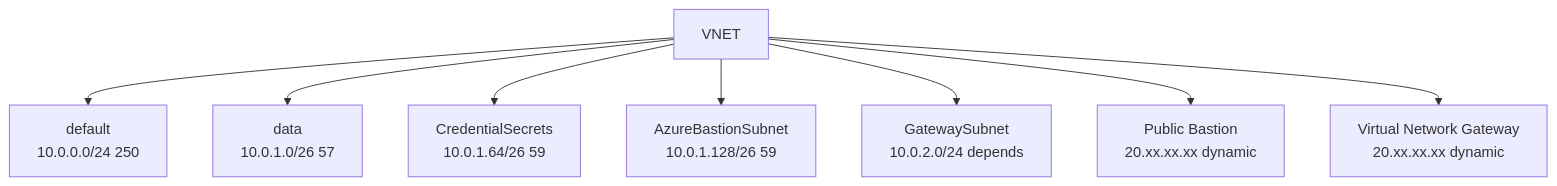
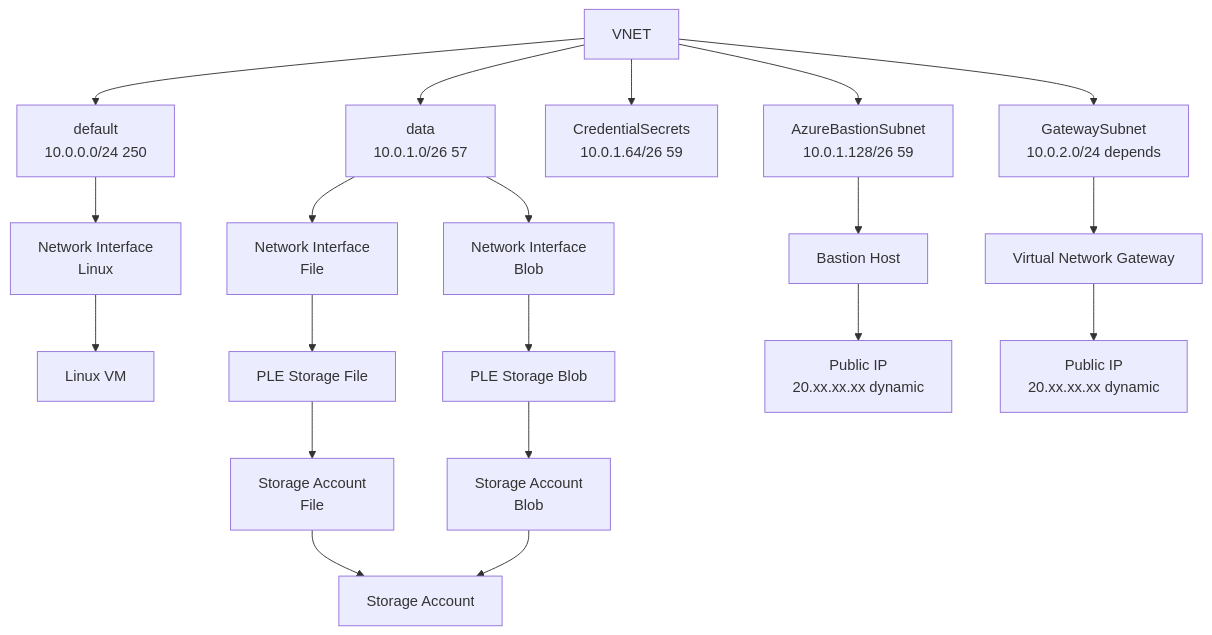
One commit to freemansoft/vnet-p2s-vpn-bastion-azure changed the diagram in README.md. Above: the diagram before and after it, drawn with Mermaid. The commit also changed other lines of this file, not shown here.

Commit message:
update topology diagram

````diff
--- a/README.md
+++ b/README.md
@@ -53,11 +59,28 @@
 ```mermaid
 flowchart TD
     A[VNET]
-    A --> B[default <br/>10.0.0.0/24 250]
-    A --> C[data <br/>10.0.1.0/26 57]
-    A --> D[CredentialSecrets <br/>10.0.1.64/26 59]
-    A --> E[AzureBastionSubnet <br/>10.0.1.128/26 59]
-    A --> F[GatewaySubnet <br/>10.0.2.0/24  depends]
-    A --> G[Public Bastion <br/>20.xx.xx.xx dynamic]
-    A --> H[Virtual Network Gateway <br>20.xx.xx.xx dynamic]
+    A --> SubDef[default <br/>10.0.0.0/24 250]
+    A --> SubData[data <br/>10.0.1.0/26 57]
+    A --> SubCred[CredentialSecrets <br/>10.0.1.64/26 59]
+    A --> SubBast[AzureBastionSubnet <br/>10.0.1.128/26 59]
+    A --> SubVNG[GatewaySubnet <br/>10.0.2.0/24  depends]
+
+    SubDef --> NicVM[Network Interface<br/>Linux]
+    NicVM --> VM[Linux VM]
+    
+    SubData --> NicStorFile[Network Interface<br/>File]
+    NicStorFile --> PleFile[PLE Storage File]
+    PleFile --> StorFile[Storage Account<br/>File]
+    StorFile --> StorAct[Storage Account]
+
+    SubData --> NicStorBlob[Network Interface<br/>Blob]
+    NicStorBlob --> PleBlob[PLE Storage Blob]
+    PleBlob --> StorBlob[Storage Account<br/>Blob]
+    StorBlob --> StorAct
+
+    SubBast --> Bastion[Bastion Host]
+    Bastion --> PubaAst[Public IP<br>20.xx.xx.xx dynamic]
+
+    SubVNG --> VNG[Virtual Network Gateway]
+    VNG --> PubVNG[Public IP<br>20.xx.xx.xx dynamic]
 ```
````
